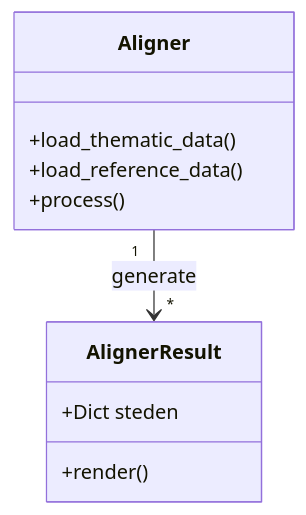
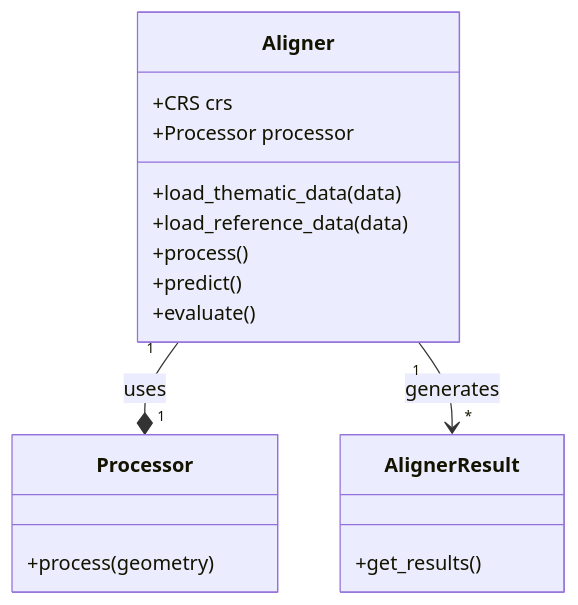
The diagram in docs/index.qmd (OnroerendErfgoed/brdr), drawn with Mermaid before and after one commit. The commit also changed other lines of this file and 9 other files, not shown here.

````diff
--- a/docs/index.qmd
+++ b/docs/index.qmd
@@ -214,13 +79,23 @@
 ```{mermaid}
 classDiagram
     class Aligner {
-        +load_thematic_data()
-        +load_reference_data()
+        +CRS crs
+        +Processor processor
+        +load_thematic_data(data)
+        +load_reference_data(data)
         +process()
+        +predict()
+        +evaluate()
     }
+
+    class Processor {
+        +process(geometry)
+    }
+
     class AlignerResult {
-        +Dict steden
-        +render()
+        +get_results()
     }
-    Aligner "1" --> "*" AlignerResult : generate
+
+    Aligner "1" --* "1" Processor : uses
+    Aligner "1" --> "*" AlignerResult : generates
 ```
````
